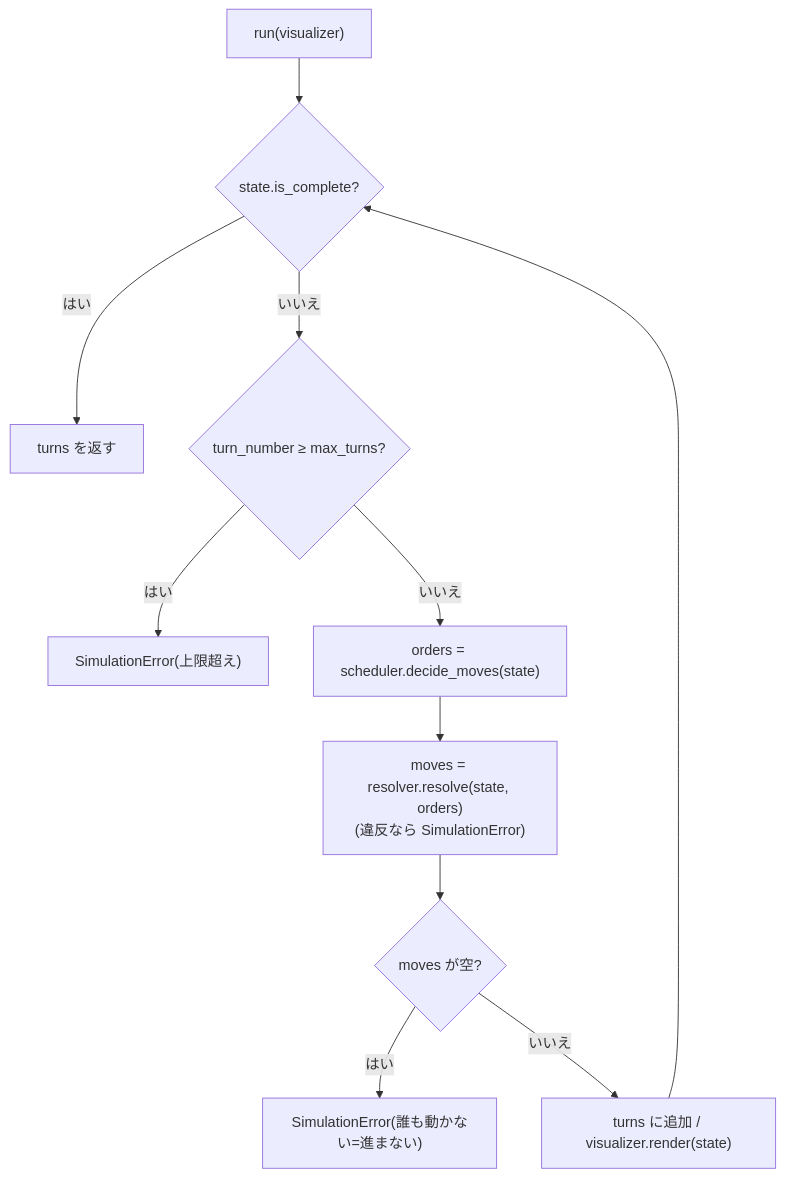
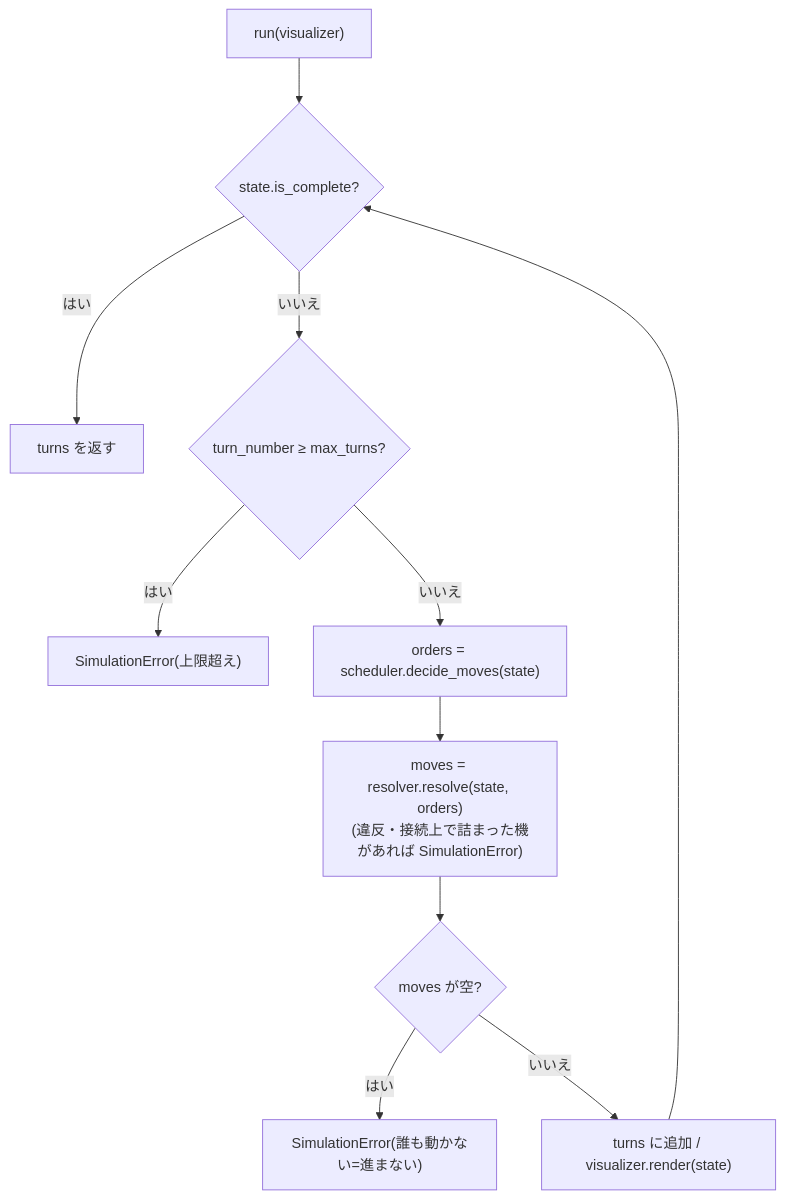
The third of 4 diagrams in docs/research/2026-10-16_workflow-stage4-simulation.md (saikawakiruya-droid/fly_in), drawn with Mermaid before and after one commit. The commit also changed other lines of this file and 1 other file, not shown here.

````diff
--- a/docs/research/2026-10-16_workflow-stage4-simulation.md
+++ b/docs/research/2026-10-16_workflow-stage4-simulation.md
@@ -183,13 +193,13 @@
 ```mermaid
 flowchart TD
     A["run(visualizer)"] --> B{"state.is_complete?"}
     B -- はい --> Z["turns を返す"]
     B -- いいえ --> C{"turn_number ≥ max_turns?"}
     C -- はい --> E1["SimulationError(上限超え)"]
     C -- いいえ --> D["orders = scheduler.decide_moves(state)"]
-    D --> F["moves = resolver.resolve(state, orders)<br/>(違反なら SimulationError)"]
+    D --> F["moves = resolver.resolve(state, orders)<br/>(違反・接続上で詰まった機があれば SimulationError)"]
     F --> G{"moves が空?"}
     G -- はい --> E2["SimulationError(誰も動かない=進まない)"]
     G -- いいえ --> H["turns に追加 / visualizer.render(state)"]
     H --> B
 ```
````
